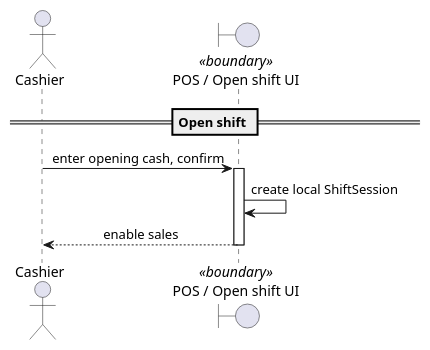
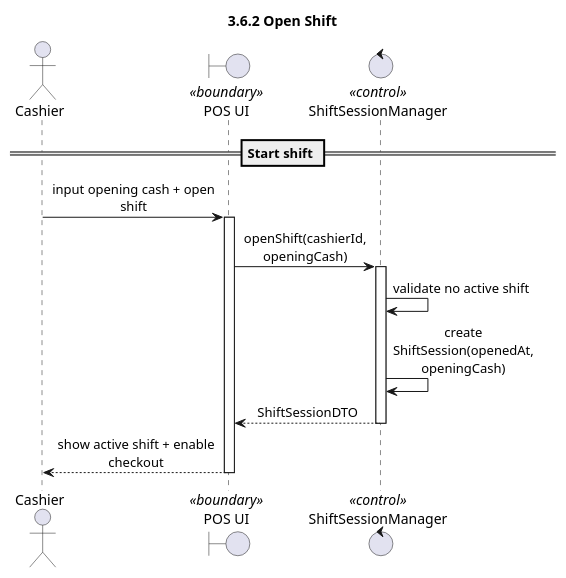
The diagram in docs/sequences/3-6-01-open-shift.puml (QuyQuy123/supermarket), drawn with PlantUML before and after one commit. The commit also changed 11 other files, not shown here.

```diff
--- a/docs/sequences/3-6-01-open-shift.puml
+++ b/docs/sequences/3-6-01-open-shift.puml
@@ -1,21 +1,26 @@
 @startuml
 skinparam shadowing false
 skinparam responseMessageBelowArrow true
 skinparam sequenceMessageAlign center
 skinparam maxMessageSize 180
 skinparam sequenceParticipant underline false
 skinparam stereotypePosition top
-
+title 3.6.2 Open Shift
 
 actor "Cashier" as C
-boundary "POS / Open shift UI" as UI <<boundary>>
+boundary "POS UI" as UI <<boundary>>
+control "ShiftSessionManager" as SM <<control>>
 
-== Open shift ==
-
-C -> UI: enter opening cash, confirm
+== Start shift ==
+C -> UI: input opening cash + open shift
 activate UI
-UI -> UI: create local ShiftSession
-UI --> C: enable sales
+UI -> SM: openShift(cashierId, openingCash)
+activate SM
+SM -> SM: validate no active shift
+SM -> SM: create ShiftSession(openedAt, openingCash)
+SM --> UI: ShiftSessionDTO
+deactivate SM
+UI --> C: show active shift + enable checkout
 deactivate UI
 
 @enduml
```
